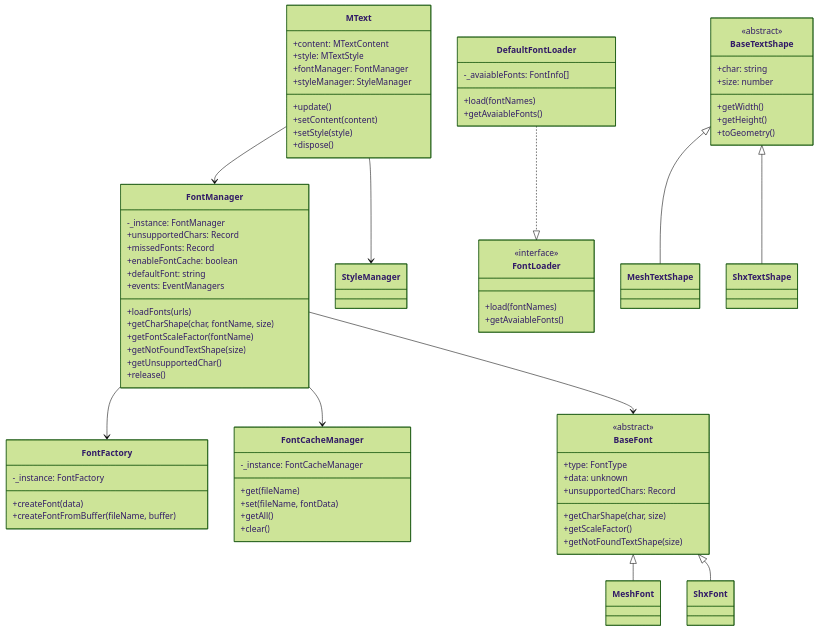
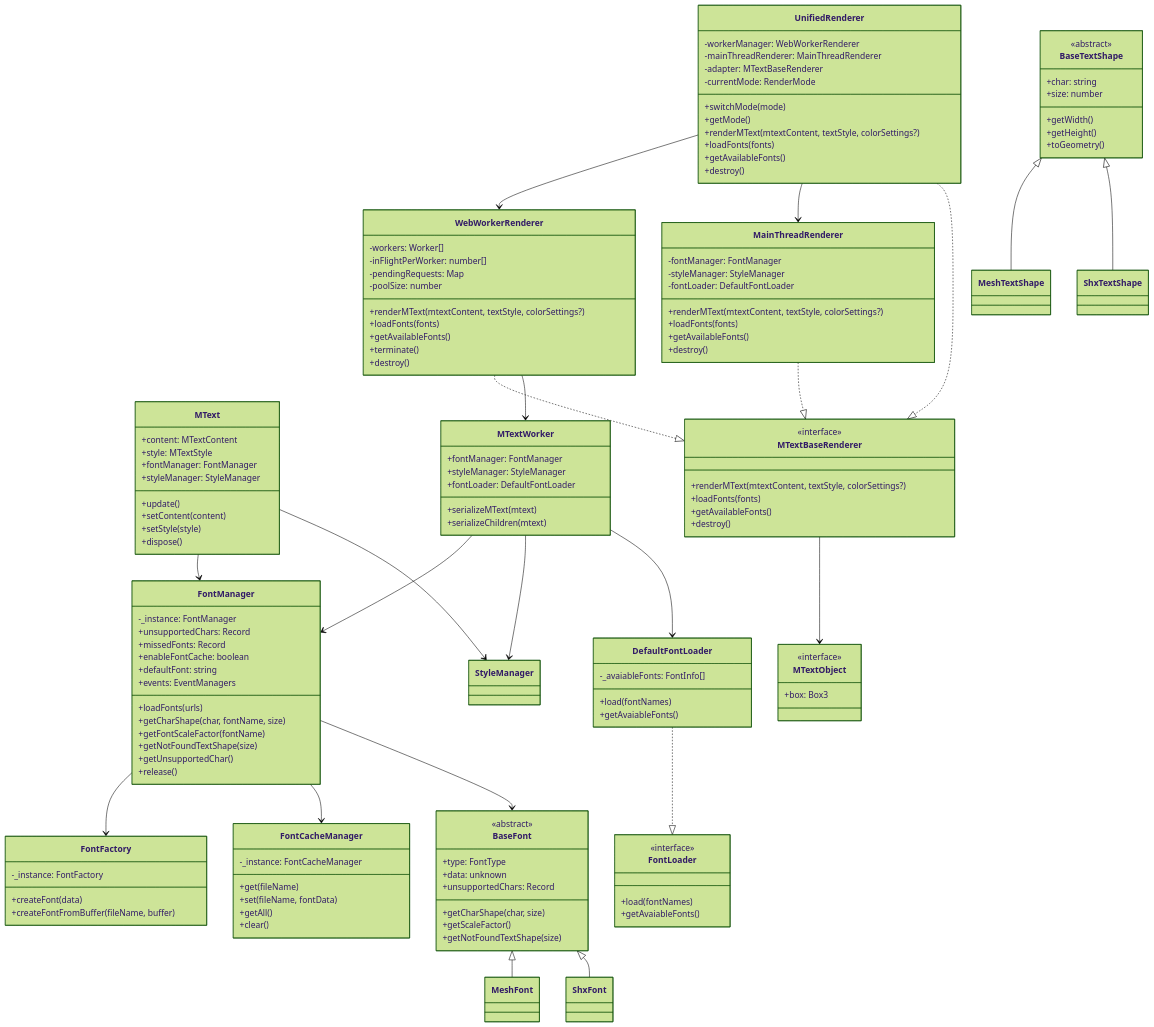
One commit to mlightcad/mtext-renderer changed the diagram in README.md. Above: the diagram before and after it, drawn with Mermaid (forest theme). The commit also changed other lines of this file and 14 other files, not shown here.

Commit message:
feat: support rendering mtext in web worker (#27)

````diff
--- a/README.md
+++ b/README.md
@@ -175,6 +252,62 @@
         +clear()
     }
 
+    class MTextBaseRenderer {
+        <<interface>>
+        +renderMText(mtextContent, textStyle, colorSettings?)
+        +loadFonts(fonts)
+        +getAvailableFonts()
+        +destroy()
+    }
+
+    class MTextObject {
+        <<interface>>
+        +box: Box3
+    }
+
+    class MainThreadRenderer {
+        -fontManager: FontManager
+        -styleManager: StyleManager
+        -fontLoader: DefaultFontLoader
+        +renderMText(mtextContent, textStyle, colorSettings?)
+        +loadFonts(fonts)
+        +getAvailableFonts()
+        +destroy()
+    }
+
+    class WebWorkerRenderer {
+        -workers: Worker[]
+        -inFlightPerWorker: number[]
+        -pendingRequests: Map
+        -poolSize: number
+        +renderMText(mtextContent, textStyle, colorSettings?)
+        +loadFonts(fonts)
+        +getAvailableFonts()
+        +terminate()
+        +destroy()
+    }
+
+    class UnifiedRenderer {
+        -workerManager: WebWorkerRenderer
+        -mainThreadRenderer: MainThreadRenderer
+        -adapter: MTextBaseRenderer
+        -currentMode: RenderMode
+        +switchMode(mode)
+        +getMode()
+        +renderMText(mtextContent, textStyle, colorSettings?)
+        +loadFonts(fonts)
+        +getAvailableFonts()
+        +destroy()
+    }
+
+    class MTextWorker {
+        +fontManager: FontManager
+        +styleManager: StyleManager
+        +fontLoader: DefaultFontLoader
+        +serializeMText(mtext)
+        +serializeChildren(mtext)
+    }
+
     MText --> FontManager
     MText --> StyleManager
     FontManager --> FontFactory
@@ -185,4 +318,14 @@
     BaseFont <|-- ShxFont
     BaseTextShape <|-- MeshTextShape
     BaseTextShape <|-- ShxTextShape
+    MainThreadRenderer ..|> MTextBaseRenderer
+    WebWorkerRenderer ..|> MTextBaseRenderer
+    UnifiedRenderer --> WebWorkerRenderer
+    UnifiedRenderer --> MainThreadRenderer
+    UnifiedRenderer ..|> MTextBaseRenderer
+    MTextWorker --> FontManager
+    MTextWorker --> StyleManager
+    MTextWorker --> DefaultFontLoader
+    WebWorkerRenderer --> MTextWorker
+    MTextBaseRenderer --> MTextObject
 ```
````
